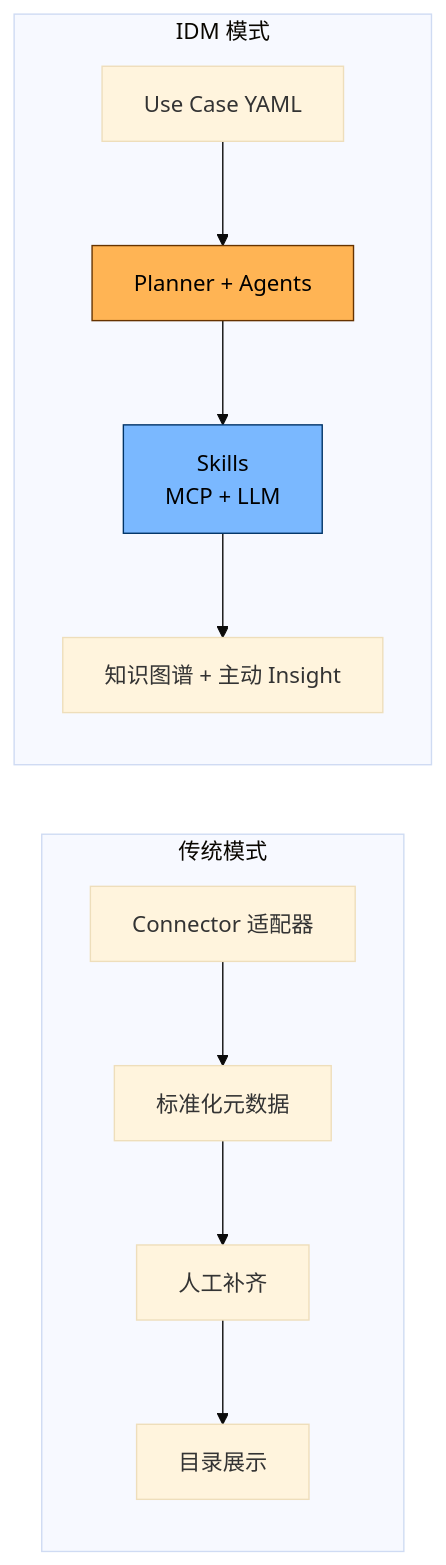
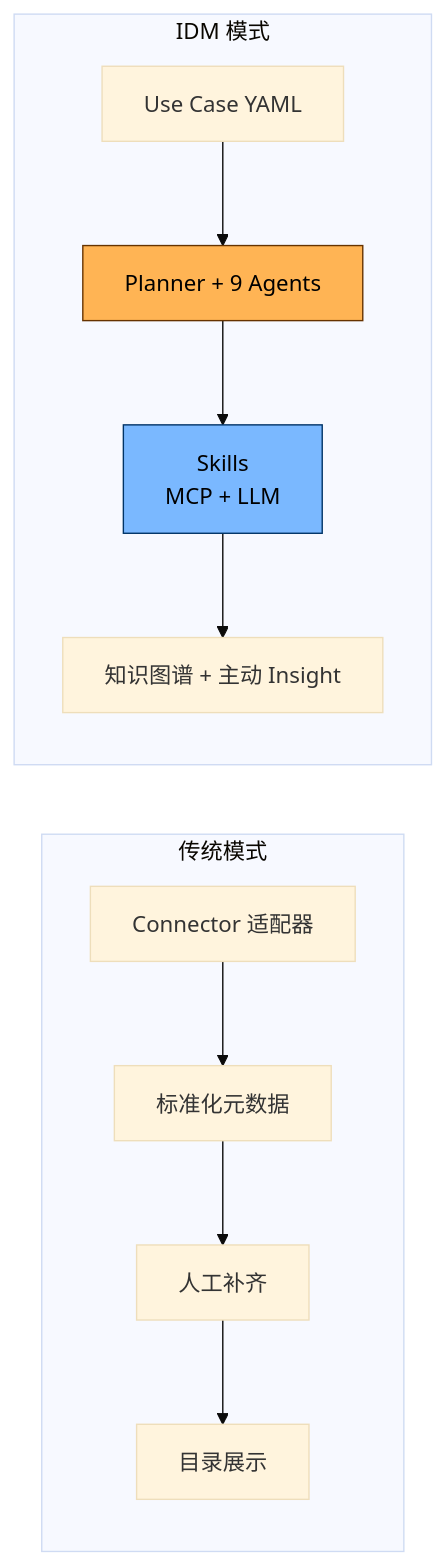
Before and after one commit to gavenlv/idm: the first of 11 diagrams in docs/design/architecture.md, drawn with Mermaid (base theme). The commit also changed other lines of this file and 140 other files, not shown here.

````diff
--- a/docs/design/architecture.md
+++ b/docs/design/architecture.md
@@ -73,11 +95,11 @@
 ```mermaid
 flowchart LR
     subgraph 传统模式
         T1[Connector 适配器] --> T2[标准化元数据] --> T3[人工补齐] --> T4[目录展示]
     end
     subgraph IDM 模式
-        I1[Use Case YAML] --> I2[Planner + Agents] --> I3[Skills<br/>MCP + LLM] --> I4[知识图谱 + 主动 Insight]
+        I1[Use Case YAML] --> I2[Planner + 9 Agents] --> I3[Skills<br/>MCP + LLM] --> I4[知识图谱 + 主动 Insight]
     end
     style I2 fill:#FFB454,stroke:#663300,color:#000
     style I3 fill:#7AB8FF,stroke:#003366,color:#000
 ```
````
